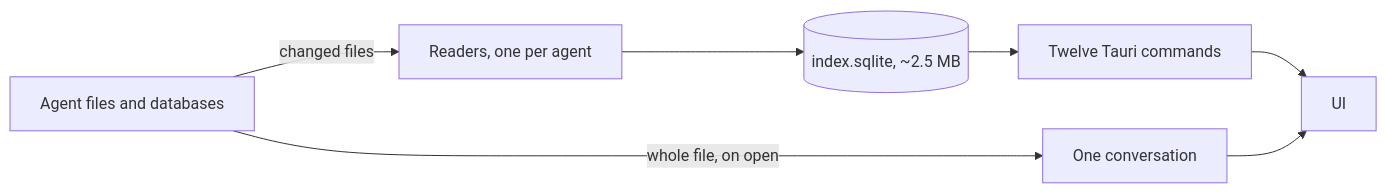
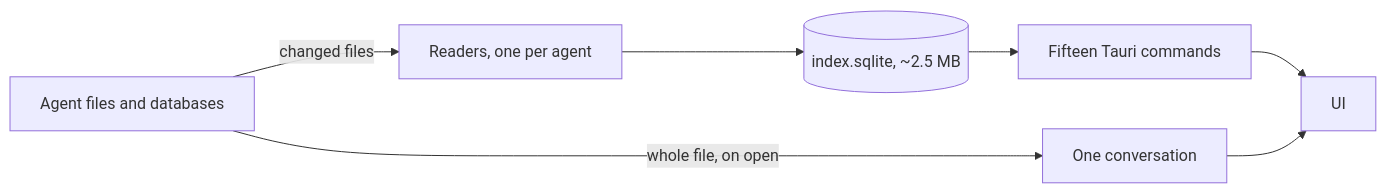
One commit to joeychilson/overwatch changed the diagram in docs/README.md. Above: the diagram before and after it, drawn with Mermaid. The commit also changed other lines of this file and 18 other files, not shown here.

````diff
--- a/docs/README.md
+++ b/docs/README.md
@@ -25,9 +25,9 @@
 ```mermaid
 flowchart LR
     A[Agent files and databases] -->|changed files| B[Readers, one per agent]
     B --> C[(index.sqlite, ~2.5 MB)]
-    C --> D[Twelve Tauri commands]
+    C --> D[Fifteen Tauri commands]
     D --> E[UI]
     A -->|whole file, on open| F[One conversation]
     F --> E
 ```
````
